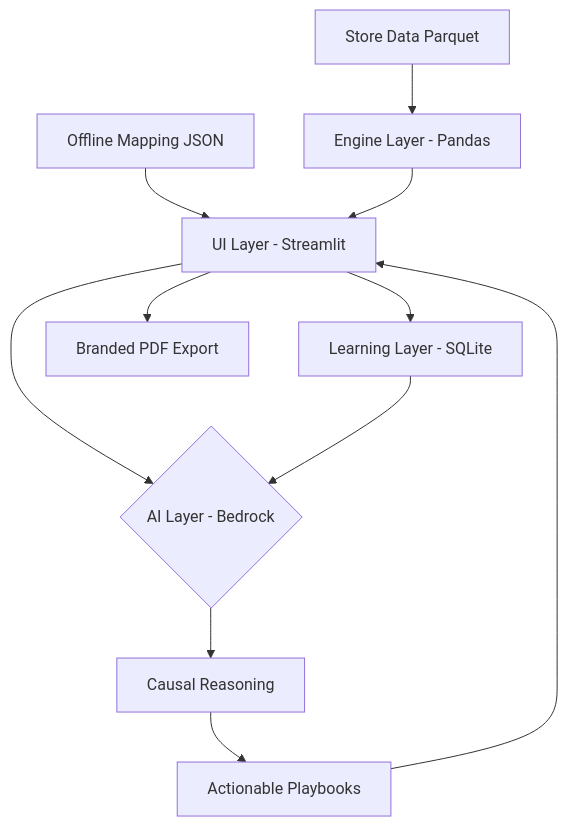
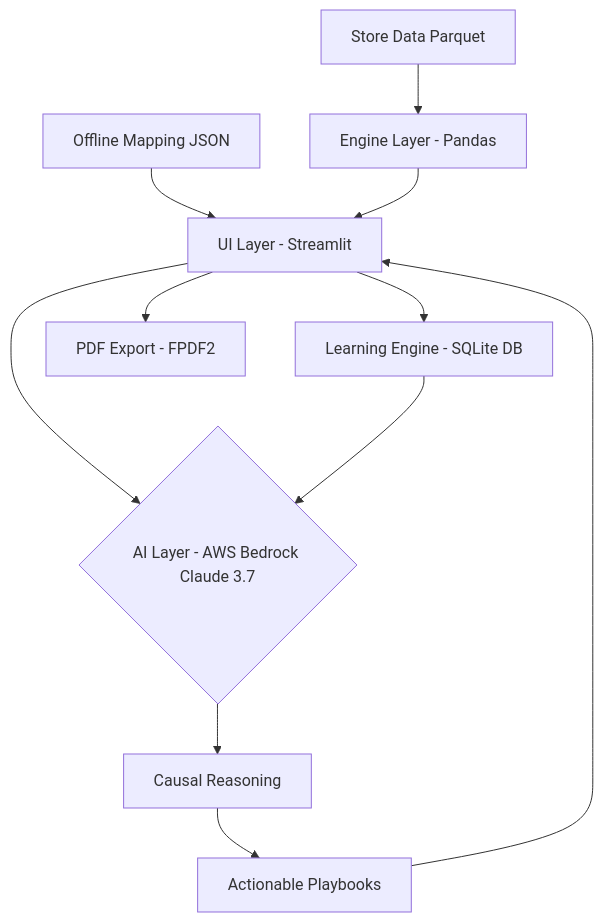
The diagram in README.md (keshabkumar-ui/lenskart-zm-copilot), drawn with Mermaid before and after one commit. The commit also changed other lines of this file and 6 other files, not shown here.

````diff
--- a/README.md
+++ b/README.md
@@ -45,13 +60,13 @@
 ```mermaid
 graph TD
     A[Offline Mapping JSON] --> B[UI Layer - Streamlit]
     C[Store Data Parquet] --> D[Engine Layer - Pandas]
     D --> B
-    B --> E{AI Layer - Bedrock}
+    B --> E{AI Layer - AWS Bedrock Claude 3.7}
     E --> F[Causal Reasoning]
     F --> G[Actionable Playbooks]
     G --> B
-    B --> H[Learning Layer - SQLite]
+    B --> H[Learning Engine - SQLite DB]
     H --> E
-    B --> I[Branded PDF Export]
+    B --> I[PDF Export - FPDF2]
 ```
````
